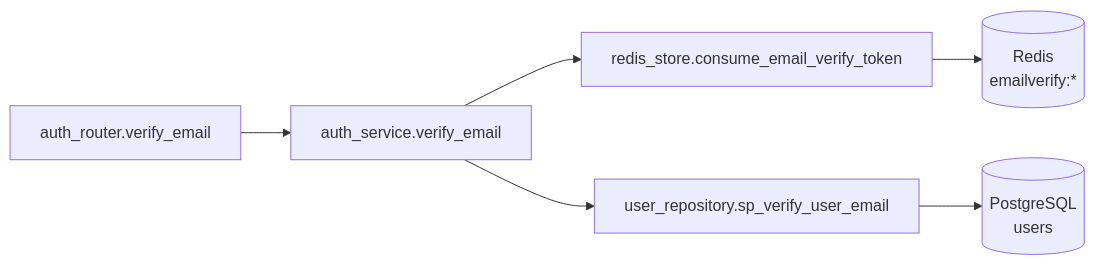
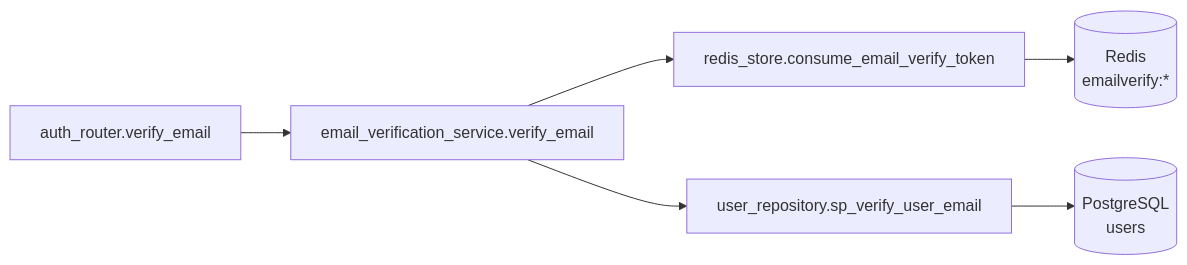
The third of 4 diagrams in docs/detailed_design/api/auth/07_post_auth_verify_email.md (oikawa-d/task_management), drawn with Mermaid before and after one commit. The commit also changed other lines of this file and 29 other files, not shown here.

````diff
--- a/docs/detailed_design/api/auth/07_post_auth_verify_email.md
+++ b/docs/detailed_design/api/auth/07_post_auth_verify_email.md
@@ -178,8 +178,8 @@
 ```mermaid
 flowchart LR
-    R["auth_router.verify_email"] --> S["auth_service.verify_email"]
+    R["auth_router.verify_email"] --> S["email_verification_service.verify_email"]
     S --> RD["redis_store.consume_email_verify_token"]
     S --> UR["user_repository.sp_verify_user_email"]
     RD --> REDIS[("Redis<br/>emailverify:*")]
     UR --> PG[("PostgreSQL<br/>users")]
 ```
````
